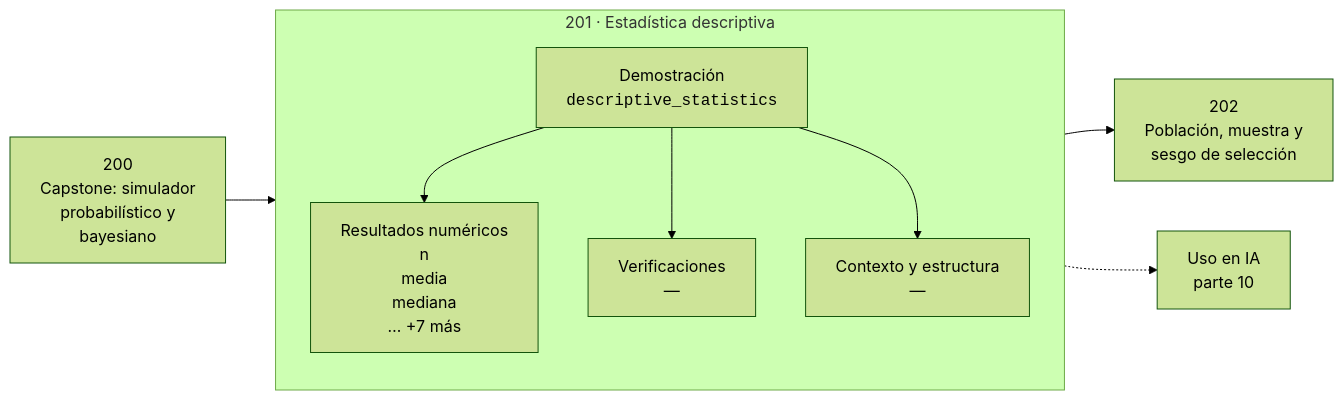
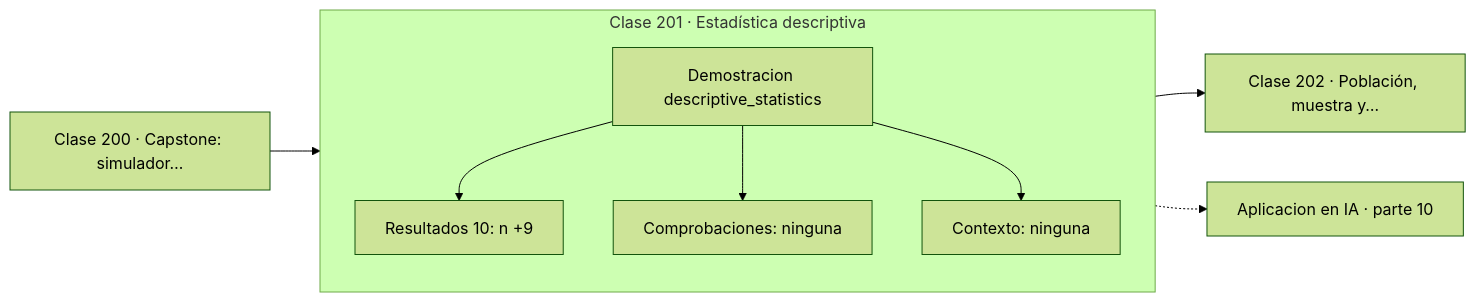
Before and after one commit to vladimiracunadev-create/computational-mathematics-program: the diagram in classes/part-10-estadistica-e-inferencia/201-estadistica-descriptiva/README.md, drawn with Mermaid (forest theme). The commit also changed 389 other files, not shown here.

First line of the commit message:
fix(diagramas): elimina el HTML de las etiquetas Mermaid

````diff
--- a/classes/part-10-estadistica-e-inferencia/201-estadistica-descriptiva/README.md
+++ b/classes/part-10-estadistica-e-inferencia/201-estadistica-descriptiva/README.md
@@ -30,12 +30,13 @@
 ```mermaid
 flowchart LR
-    P["200<br/>Capstone: simulador<br/>probabilístico y<br/>bayesiano"] --> C
-    subgraph C["201 · Estadística descriptiva"]
+    P["Clase 200 · Capstone: simulador…"] --> D
+    subgraph CLASE["Clase 201 · Estadística descriptiva"]
         direction TB
-        D["Demostración<br/><code>descriptive_statistics</code>"] --> R["Resultados numéricos<br/>n<br/>media<br/>mediana<br/>… +7 más"]
-        D --> V["Verificaciones<br/>—"]
-        D --> O["Contexto y estructura<br/>—"]
+        D["Demostracion descriptive_statistics"]
+        D --> R["Resultados 10: n +9"]
+        D --> V["Comprobaciones: ninguna"]
+        D --> O["Contexto: ninguna"]
     end
-    C --> N["202<br/>Población, muestra y<br/>sesgo de selección"]
-    C -.-> IA["Uso en IA<br/>parte 10"]
+    R --> N["Clase 202 · Población, muestra y…"]
+    V -.-> IA["Aplicacion en IA · parte 10"]
 ```
````
